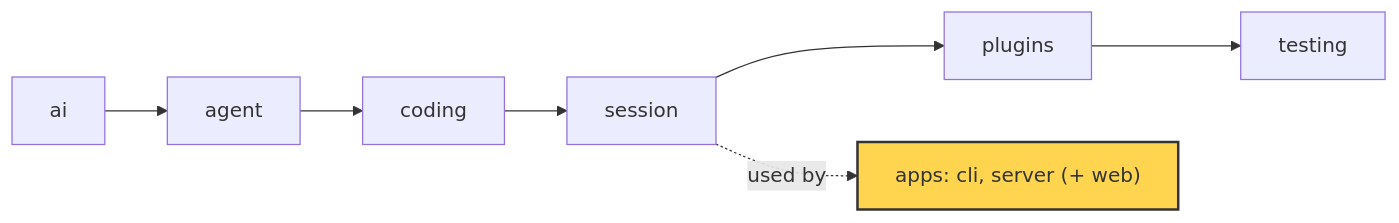
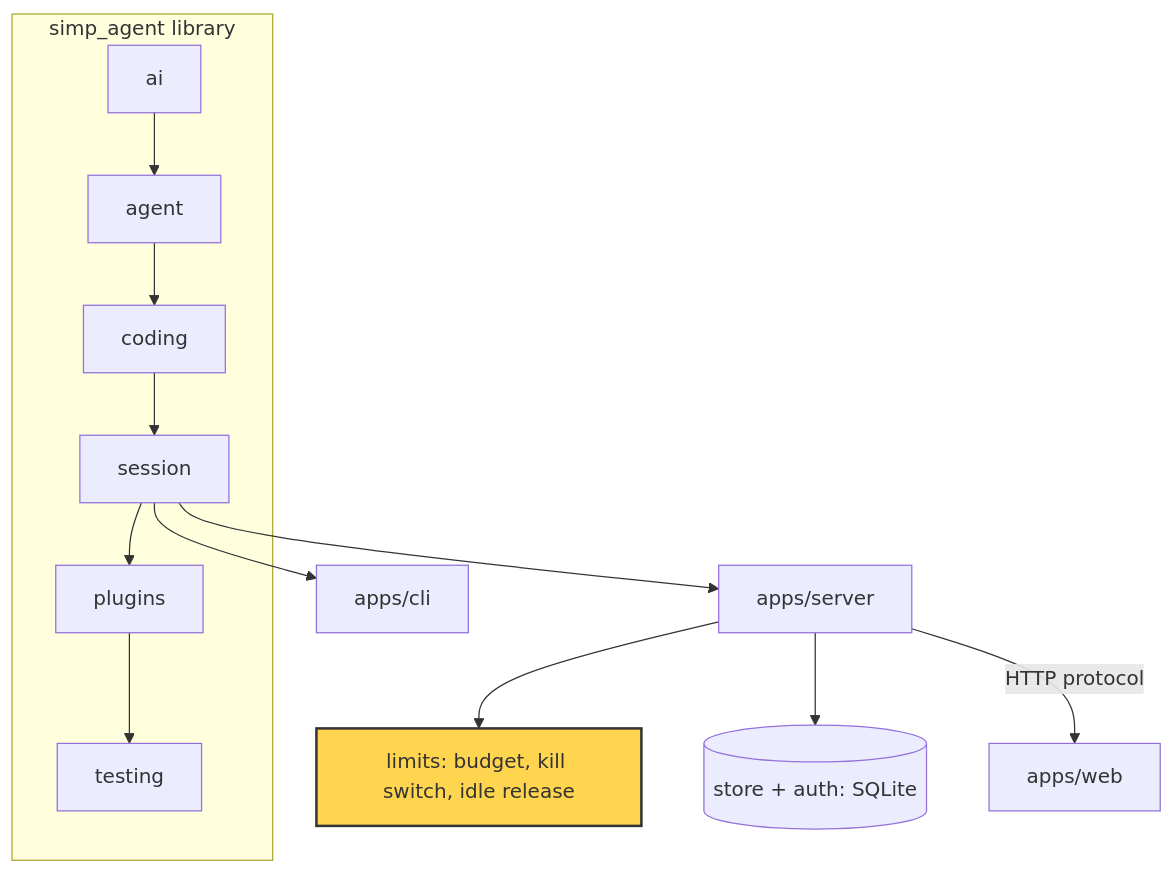
The diagram in docs/guidebook/23-limits.md (danhugo/simp-agent), drawn with Mermaid before and after one commit. The commit also changed other lines of this file and 2 other files, not shown here.

Commit message:
docs(guidebook): v3 ch 23 budgets, kill switch, idle release

````diff
--- a/docs/guidebook/23-limits.md
+++ b/docs/guidebook/23-limits.md
@@ -7,6 +7,12 @@
 ```mermaid
-flowchart LR
-    ai --> agent --> coding --> session --> plugins --> testing
-    session -.used by.-> apps["apps: cli, server (+ web)"]
-    style apps fill:#ffd54f,stroke:#333,stroke-width:2px
+flowchart TB
+    subgraph lib [simp_agent library]
+      ai --> agent --> coding --> session --> plugins --> testing
+    end
+    session --> cli[apps/cli]
+    session --> server[apps/server]
+    server --> limits[limits: budget, kill switch, idle release]
+    server --> store[(store + auth: SQLite)]
+    server -->|HTTP protocol| web[apps/web]
+    style limits fill:#ffd54f,stroke:#333,stroke-width:2px
 ```
````
